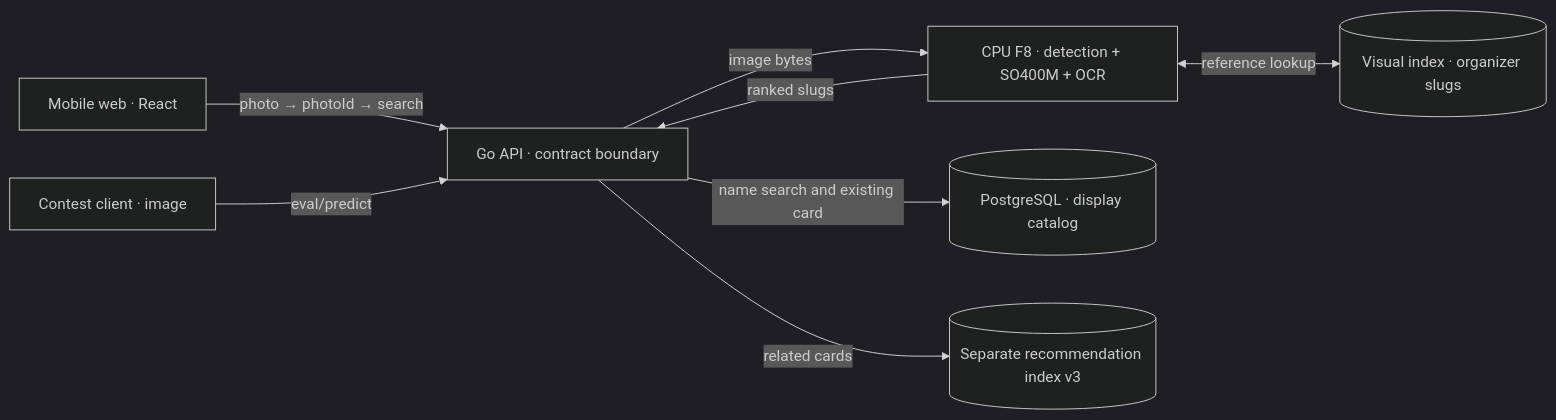
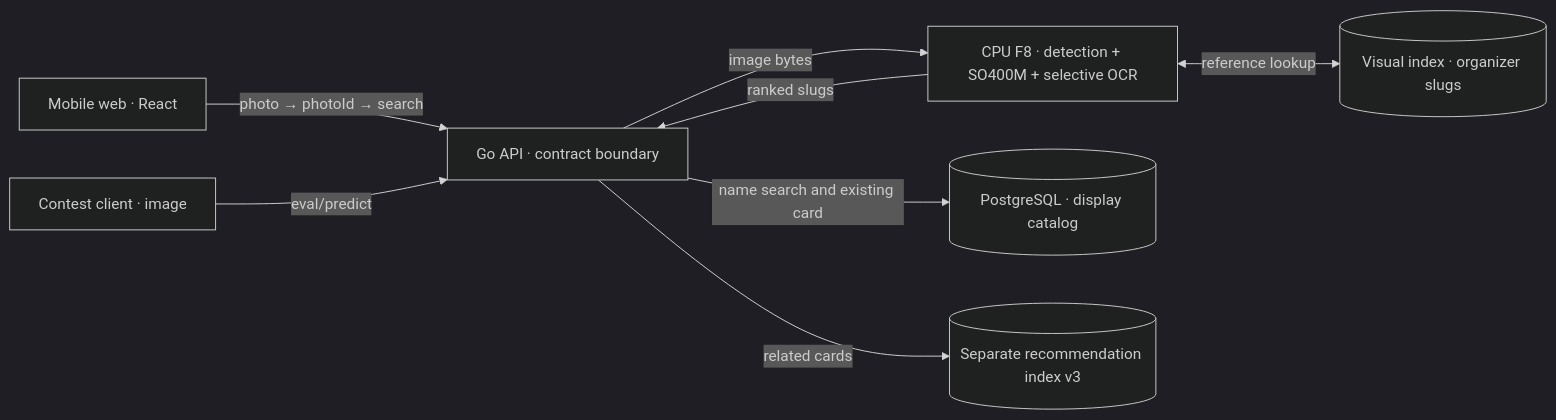
One commit to ai-babai/brutforce changed the second of 2 diagrams in README.en.md. Above: the diagram before and after it, drawn with Mermaid (dark theme). The commit also changed other lines of this file and 1 other file, not shown here.

Commit message:
Explain CPU and GPU recognition paths in README [skip ci]

````diff
--- a/README.en.md
+++ b/README.en.md
@@ -94,10 +113,10 @@
 ```mermaid
 flowchart LR
     web["Mobile web · React"] -->|photo → photoId → search| api["Go API · contract boundary"]
     contest["Contest client · image"] -->|eval/predict| api
-    api -->|image bytes| vision["CPU F8 · detection + SO400M + OCR"]
+    api -->|image bytes| vision["CPU F8 · detection + SO400M + selective OCR"]
     vision <-->|reference lookup| visual[("Visual index · organizer slugs")]
     vision -->|ranked slugs| api
     api -->|name search and existing card| catalog[("PostgreSQL · display catalog")]
     api -->|related cards| recommendations[("Separate recommendation index v3")]
 ```
````
